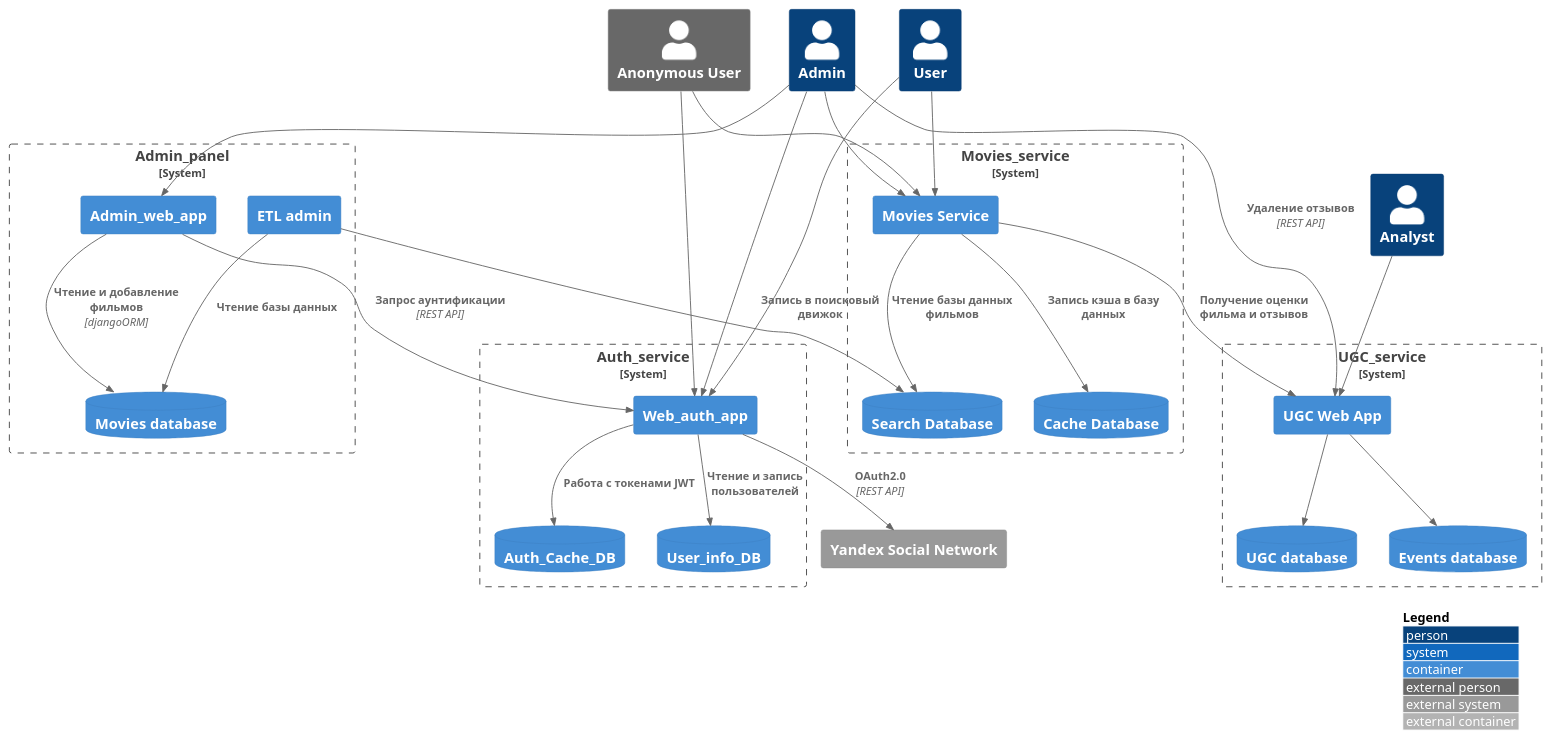
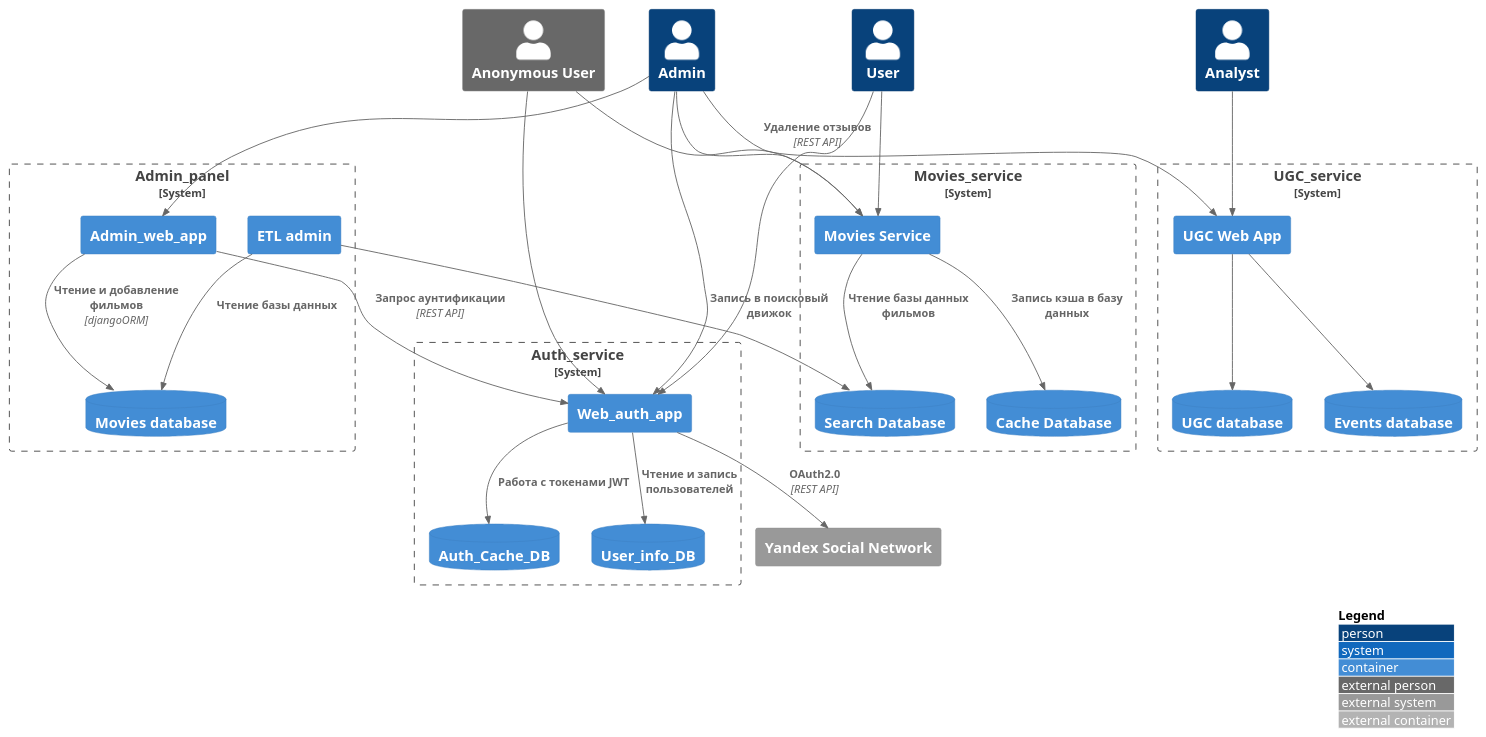
Before and after one commit to konarlook/ugc_sprint_1: the diagram in ugc/docs/arc/ugc_1_system_context.puml, drawn with PlantUML.

Commit message:
docs(03_arc_diagram):add true C1 layer diagram

```diff
--- a/ugc/docs/arc/ugc_1_system_context.puml
+++ b/ugc/docs/arc/ugc_1_system_context.puml
@@ -1,69 +1,68 @@
 @startuml system-context
 !include https://raw.githubusercontent.com/plantuml-stdlib/C4-PlantUML/master/C4_Container.puml
 
 LAYOUT_TOP_DOWN()
 LAYOUT_WITH_LEGEND()
 
 Person(admin, "Admin")
 Person(analyst, "Analyst")
 Person(user, "User")
 Person_Ext(anonim, "Anonymous User")
 
 
 System_Boundary(admin_panel, "Admin_panel"){
     Container(web_app, "Admin_web_app")
     ContainerDb(movies_db, "Movies database")
     Container(etl_admin, "ETL admin")
 }
 System_Boundary(auth_service, "Auth_service"){
     ContainerDb(cache_auth_db, "Auth_Cache_DB")
     ContainerDb(user_auth_db, "User_info_DB")
     Container(web_auth, "Web_auth_app")
 }
 
 System_Boundary(movies_service, "Movies_service"){
     ContainerDb(search_db, "Search Database")
     ContainerDb(cache_db, "Cache Database")
     Container(movies_app, "Movies Service")
 }
 
 System_Boundary(ugc_service, "UGC_service"){
     ContainerDb(ugc_db, "UGC database")
     Container(ugc_web_app, "UGC Web App")
     ContainerDb(events_db, "Events database")
 }
 System_Ext(yandex_soc, "Yandex Social Network")
 
 
 Rel(web_app, movies_db, "Чтение и добавление фильмов", djangoORM)
 Rel(etl_admin, movies_db, "Чтение базы данных")
 Rel(etl_admin, search_db, "Запись в поисковый движок")
 
 Rel(movies_app, cache_db, "Запись кэша в базу данных")
 Rel(movies_app, search_db, "Чтение базы данных фильмов")
 
 Rel(web_auth, cache_auth_db, "Работа с токенами JWT")
 Rel(web_auth, user_auth_db, "Чтение и запись пользователей")
 Rel(web_auth, yandex_soc, "OAuth2.0", "REST API")
 Rel(web_app, web_auth, "Запрос аунтификации", "REST API")
 
 Rel(user, web_auth,)
 Rel(user, movies_app,)
 
 Rel(anonim, web_auth,)
 Rel(anonim, movies_app,)
 
 Rel(admin, web_auth,)
 Rel(admin, movies_app,)
 Rel(admin, web_app,)
 Rel(analyst, ugc_web_app,)
 
 Rel(ugc_web_app, events_db, "")
 Rel(ugc_web_app, ugc_db, "")
-Rel(movies_app, ugc_web_app, "Получение оценки фильма и отзывов")
 
 Rel(admin, ugc_web_app, "Удаление отзывов", "REST API")
 
 
 
 @enduml
```
